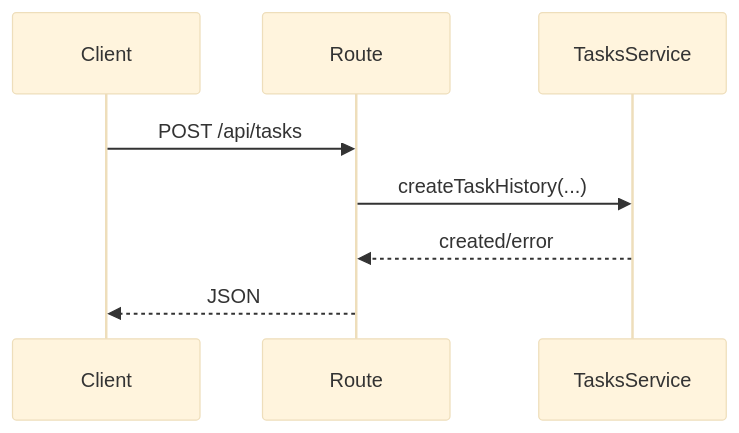
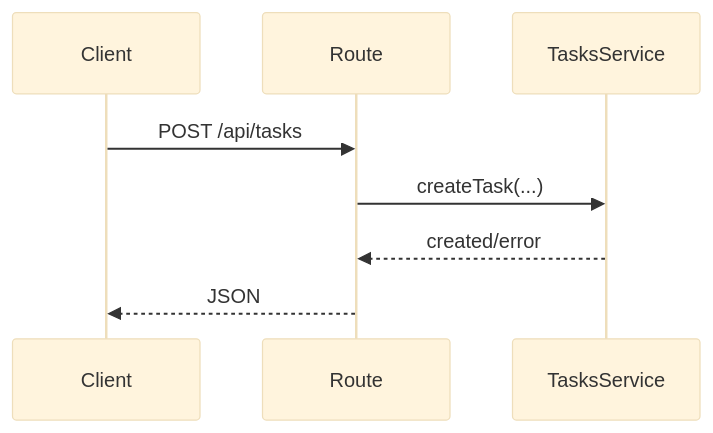
The sixth of 8 diagrams in src/backend/domains/tasks/README.md (TurtleStoffel/tektite-console), drawn with Mermaid (base theme) before and after one commit. The commit also changed other lines of this file and 11 other files, not shown here.

Commit message:
Rename Task History to Task

````diff
--- a/src/backend/domains/tasks/README.md
+++ b/src/backend/domains/tasks/README.md
@@ -70,10 +70,10 @@
 ```mermaid
 sequenceDiagram
     participant Client
     participant Route
     participant TasksService
     Client->>Route: POST /api/tasks
-    Route->>TasksService: createTaskHistory(...)
+    Route->>TasksService: createTask(...)
     TasksService-->>Route: created/error
     Route-->>Client: JSON
 ```
````
